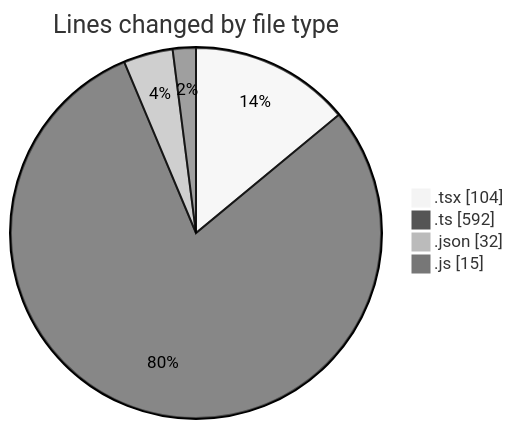
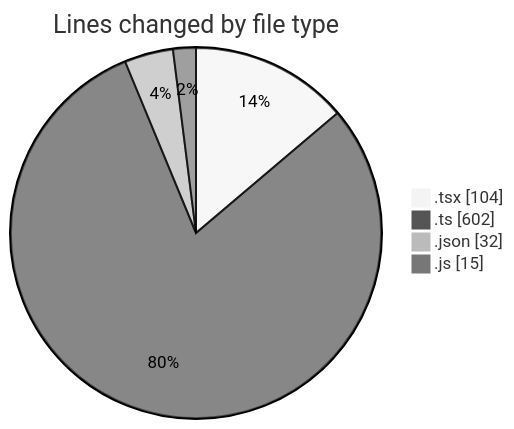
One commit to momahboobian/code-tracking changed the first of 2 diagrams in 2026-07-22/cda/README.md. Above: the diagram before and after it, drawn with Mermaid (neutral theme). The commit also changed other lines of this file and 1 other file, not shown here.

````diff
--- a/2026-07-22/cda/README.md
+++ b/2026-07-22/cda/README.md
@@ -26,8 +26,8 @@
 ```mermaid
 pie showData
 title Lines changed by file type
 ".tsx" : 104
-".ts" : 592
+".ts" : 602
 ".json" : 32
 ".js" : 15
 ```
````
